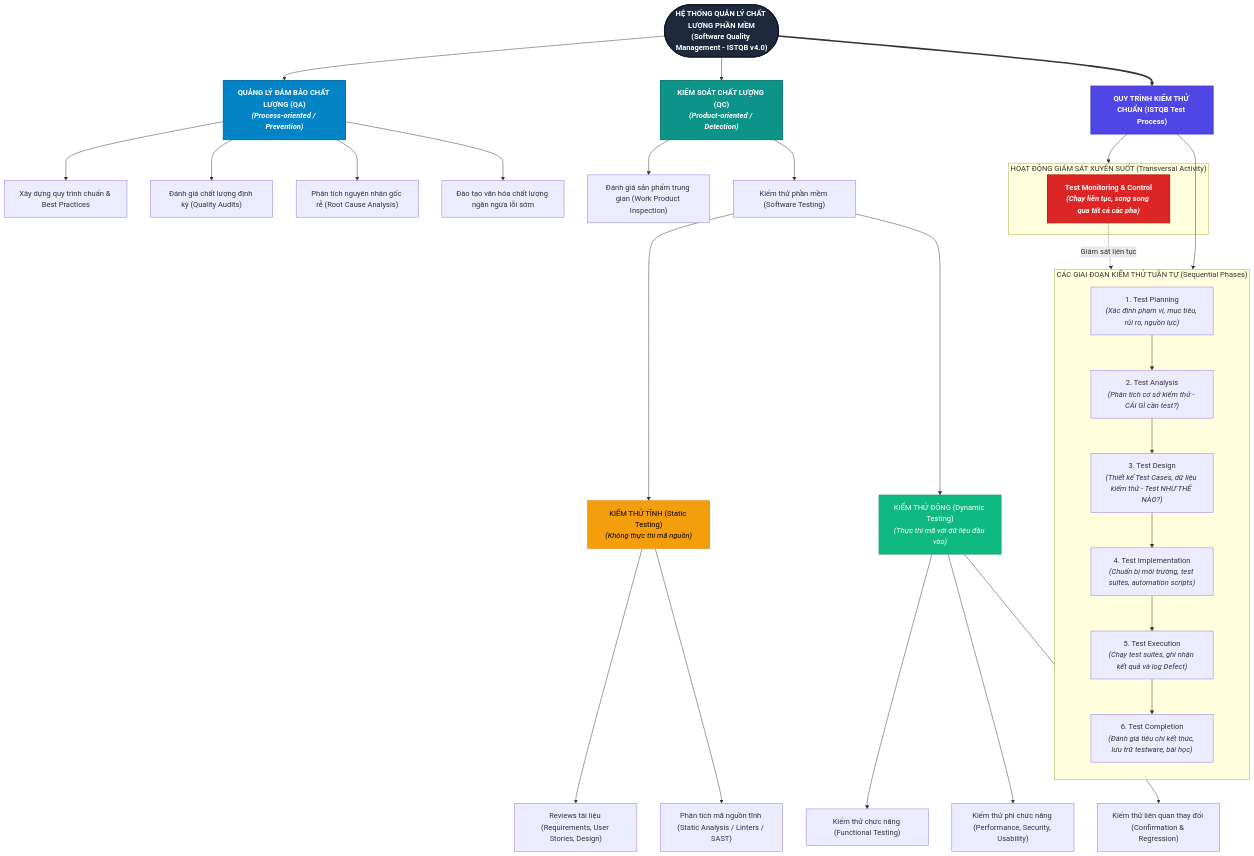
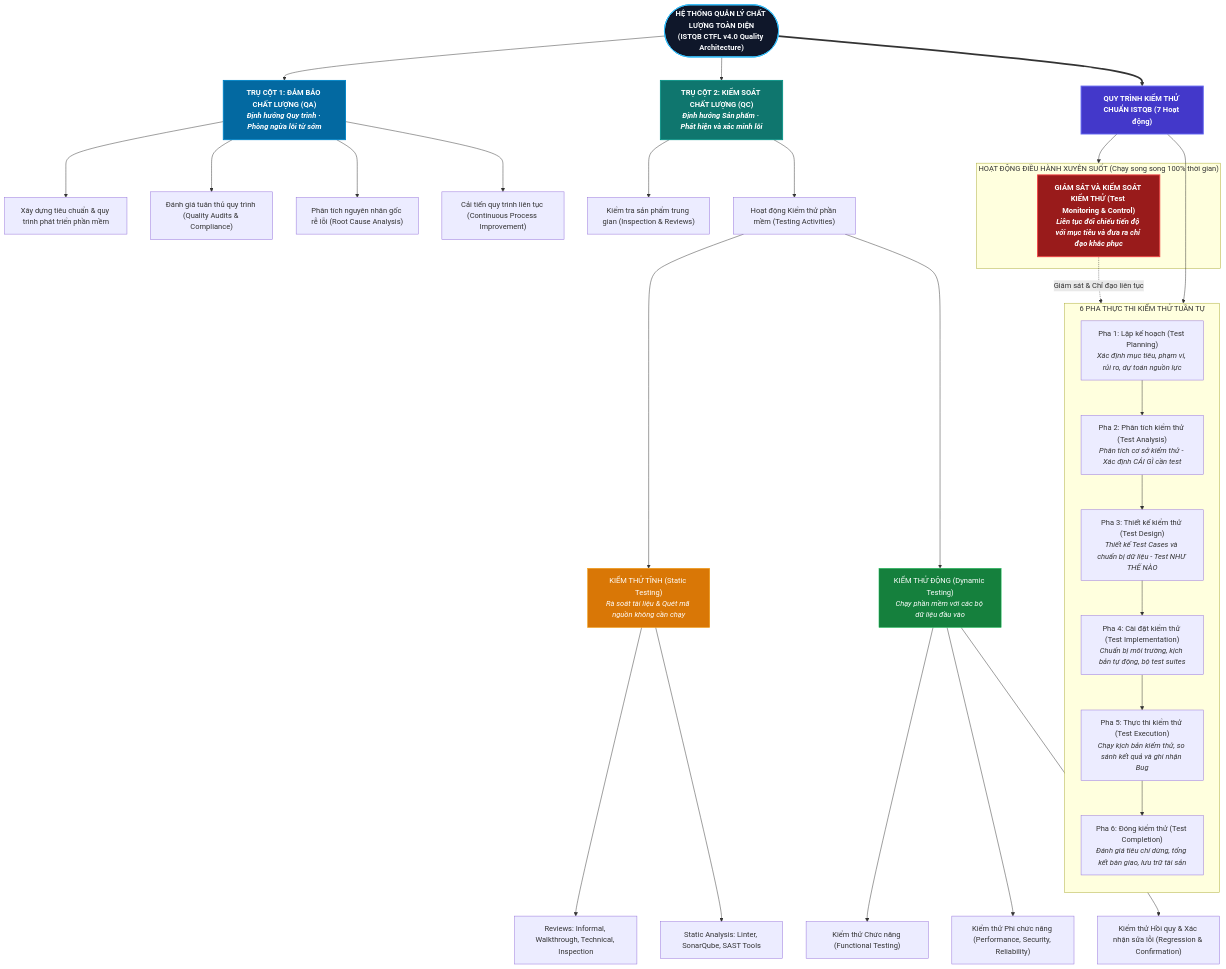
Before and after one commit to tvquang0511/HW01-QA-QC: the second of 2 diagrams in 01-job-market/job_market_report.md, drawn with Mermaid. The commit also changed other lines of this file and 2 other files, not shown here.

Commit message:
feat: complete Requirement 2 - 20 Software Defects (2022-2026)

````diff
--- a/01-job-market/job_market_report.md
+++ b/01-job-market/job_market_report.md
@@ -232,64 +240,62 @@
 ```mermaid
 flowchart TD
-    %% Root
-    Root(["HỆ THỐNG QUẢN LÝ CHẤT LƯỢNG PHẦN MỀM<br/>(Software Quality Management - ISTQB v4.0)"]):::rootNode
+    %% Khối gốc
+    Core(["HỆ THỐNG QUẢN LÝ CHẤT LƯỢNG TOÀN DIỆN<br/>(ISTQB CTFL v4.0 Quality Architecture)"]):::coreStyle
 
-    %% 2 Branch chính: QA & QC
-    Root --> QA["QUẢNG LÝ ĐẢM BẢO CHẤT LƯỢNG (QA)<br/><i>(Process-oriented / Prevention)</i>"]:::qaNode
-    Root --> QC["KIỂM SOÁT CHẤT LƯỢNG (QC)<br/><i>(Product-oriented / Detection)</i>"]:::qcNode
+    %% Hai trụ cột chất lượng
+    Core --> ColQA["TRỤ CỘT 1: ĐẢM BẢO CHẤT LƯỢNG (QA)<br/><i>Định hướng Quy trình · Phòng ngừa lỗi từ sớm</i>"]:::qaStyle
+    Core --> ColQC["TRỤ CỘT 2: KIỂM SOÁT CHẤT LƯỢNG (QC)<br/><i>Định hướng Sản phẩm · Phát hiện và xác minh lỗi</i>"]:::qcStyle
 
-    %% QA Activities
-    QA --> QA1["Xây dựng quy trình chuẩn & Best Practices"]
-    QA --> QA2["Đánh giá chất lượng định kỳ (Quality Audits)"]
-    QA --> QA3["Phân tích nguyên nhân gốc rễ (Root Cause Analysis)"]
-    QA --> QA4["Đào tạo văn hóa chất lượng ngăn ngừa lỗi sớm"]
+    %% Chi tiết QA
+    ColQA --> QA_Act1["Xây dựng tiêu chuẩn & quy trình phát triển phần mềm"]
+    ColQA --> QA_Act2["Đánh giá tuân thủ quy trình (Quality Audits & Compliance)"]
+    ColQA --> QA_Act3["Phân tích nguyên nhân gốc rễ lỗi (Root Cause Analysis)"]
+    ColQA --> QA_Act4["Cải tiến quy trình liên tục (Continuous Process Improvement)"]
 
-    %% QC Activities
-    QC --> QC1["Đánh giá sản phẩm trung gian (Work Product Inspection)"]
-    QC --> QC2["Kiểm thử phần mềm (Software Testing)"]
+    %% Chi tiết QC & Testing
+    ColQC --> QC_Act1["Kiểm tra sản phẩm trung gian (Inspection & Reviews)"]
+    ColQC --> QC_Act2["Hoạt động Kiểm thử phần mềm (Testing Activities)"]
 
-    %% Nhánh kiểm thử (Testing Disciplines)
-    QC2 --> Static["KIỂM THỬ TĨNH (Static Testing)<br/><i>(Không thực thi mã nguồn)</i>"]:::staticNode
-    QC2 --> Dynamic["KIỂM THỬ ĐỘNG (Dynamic Testing)<br/><i>(Thực thi mã với dữ liệu đầu vào)</i>"]:::dynamicNode
+    %% Hai nhánh kiểm thử
+    QC_Act2 --> StaticBranch["KIỂM THỬ TĨNH (Static Testing)<br/><i>Rà soát tài liệu & Quét mã nguồn không cần chạy</i>"]:::staticStyle
+    QC_Act2 --> DynamicBranch["KIỂM THỬ ĐỘNG (Dynamic Testing)<br/><i>Chạy phần mềm với các bộ dữ liệu đầu vào</i>"]:::dynamicStyle
 
-    %% Static Testing details
-    Static --> S1["Reviews tài liệu (Requirements, User Stories, Design)"]
-    Static --> S2["Phân tích mã nguồn tĩnh (Static Analysis / Linters / SAST)"]
+    StaticBranch --> ST1["Reviews: Informal, Walkthrough, Technical, Inspection"]
+    StaticBranch --> ST2["Static Analysis: Linter, SonarQube, SAST Tools"]
 
-    %% Dynamic Testing details
-    Dynamic --> D1["Kiểm thử chức năng (Functional Testing)"]
-    Dynamic --> D2["Kiểm thử phi chức năng (Performance, Security, Usability)"]
-    Dynamic --> D3["Kiểm thử liên quan thay đổi (Confirmation & Regression)"]
+    DynamicBranch --> DT1["Kiểm thử Chức năng (Functional Testing)"]
+    DynamicBranch --> DT2["Kiểm thử Phi chức năng (Performance, Security, Reliability)"]
+    DynamicBranch --> DT3["Kiểm thử Hồi quy & Xác nhận sửa lỗi (Regression & Confirmation)"]
 
-    %% Quy trình kiểm thử chuẩn 7 bước (Transversal Governance)
-    Root ==> Process["QUY TRÌNH KIỂM THỬ CHUẨN (ISTQB Test Process)"]:::processNode
+    %% Quy trình kiểm thử chuẩn ISTQB v4.0
+    Core ==> ProcessRoot["QUY TRÌNH KIỂM THỬ CHUẨN ISTQB (7 Hoạt động)"]:::processStyle
 
-    subgraph Governance ["HOẠT ĐỘNG GIÁM SÁT XUYÊN SUỐT (Transversal Activity)"]
-        MonCtrl["Test Monitoring & Control<br/><i>(Chạy liên tục, song song qua tất cả các pha)</i>"]:::monNode
+    subgraph OngoingActivity ["HOẠT ĐỘNG ĐIỀU HÀNH XUYÊN SUỐT (Chạy song song 100% thời gian)"]
+        Monitoring["GIÁM SÁT VÀ KIỂM SOÁT KIỂM THỬ (Test Monitoring & Control)<br/><i>Liên tục đối chiếu tiến độ với mục tiêu và đưa ra chỉ đạo khắc phục</i>"]:::monitorStyle
     end
 
-    subgraph CoreProcess ["CÁC GIAI ĐOẠN KIỂM THỬ TUẦN TỰ (Sequential Phases)"]
+    subgraph SequentialWorkflow ["6 PHA THỰC THI KIỂM THỬ TUẦN TỰ"]
         direction TB
-        P1["1. Test Planning<br/><i>(Xác định phạm vi, mục tiêu, rủi ro, nguồn lực)</i>"]
-        P2["2. Test Analysis<br/><i>(Phân tích cơ sở kiểm thử - CÁI GÌ cần test?)</i>"]
-        P3["3. Test Design<br/><i>(Thiết kế Test Cases, dữ liệu kiểm thử - Test NHƯ THẾ NÀO?)</i>"]
-        P4["4. Test Implementation<br/><i>(Chuẩn bị môi trường, test suites, automation scripts)</i>"]
-        P5["5. Test Execution<br/><i>(Chạy test suites, ghi nhận kết quả và log Defect)</i>"]
-        P6["6. Test Completion<br/><i>(Đánh giá tiêu chí kết thúc, lưu trữ testware, bài học)</i>"]
-        
-        P1 --> P2 --> P3 --> P4 --> P5 --> P6
+        Step1["Pha 1: Lập kế hoạch (Test Planning)<br/><i>Xác định mục tiêu, phạm vi, rủi ro, dự toán nguồn lực</i>"]
+        Step2["Pha 2: Phân tích kiểm thử (Test Analysis)<br/><i>Phân tích cơ sở kiểm thử - Xác định CÁI GÌ cần test</i>"]
+        Step3["Pha 3: Thiết kế kiểm thử (Test Design)<br/><i>Thiết kế Test Cases và chuẩn bị dữ liệu - Test NHƯ THẾ NÀO</i>"]
+        Step4["Pha 4: Cài đặt kiểm thử (Test Implementation)<br/><i>Chuẩn bị môi trường, kịch bản tự động, bộ test suites</i>"]
+        Step5["Pha 5: Thực thi kiểm thử (Test Execution)<br/><i>Chạy kịch bản kiểm thử, so sánh kết quả và ghi nhận Bug</i>"]
+        Step6["Pha 6: Đóng kiểm thử (Test Completion)<br/><i>Đánh giá tiêu chí dừng, tổng kết bàn giao, lưu trữ tài sản</i>"]
+
+        Step1 --> Step2 --> Step3 --> Step4 --> Step5 --> Step6
     end
 
-    Process --> Governance
-    Process --> CoreProcess
-    MonCtrl -.->|Giám sát liên tục| CoreProcess
+    ProcessRoot --> OngoingActivity
+    ProcessRoot --> SequentialWorkflow
+    Monitoring -.->|Giám sát & Chỉ đạo liên tục| SequentialWorkflow
 
-    %% Class styles
-    classDef rootNode fill:#1E293B,stroke:#0F172A,stroke-width:2px,color:#FFFFFF,font-weight:bold
-    classDef qaNode fill:#0284C7,stroke:#0369A1,stroke-width:2px,color:#FFFFFF,font-weight:bold
-    classDef qcNode fill:#0D9488,stroke:#0F766E,stroke-width:2px,color:#FFFFFF,font-weight:bold
-    classDef processNode fill:#4F46E5,stroke:#4338CA,stroke-width:2px,color:#FFFFFF,font-weight:bold
-    classDef monNode fill:#DC2626,stroke:#B91C1C,stroke-width:2px,color:#FFFFFF,font-weight:bold
-    classDef staticNode fill:#F59E0B,stroke:#D97706,stroke-width:1px,color:#000000
-    classDef dynamicNode fill:#10B981,stroke:#059669,stroke-width:1px,color:#FFFFFF
+    %% Định nghĩa màu sắc hiển thị
+    classDef coreStyle fill:#0F172A,stroke:#38BDF8,stroke-width:2px,color:#F8FAFC,font-weight:bold
+    classDef qaStyle fill:#0369A1,stroke:#0284C7,stroke-width:2px,color:#FFFFFF,font-weight:bold
+    classDef qcStyle fill:#0F766E,stroke:#0D9488,stroke-width:2px,color:#FFFFFF,font-weight:bold
+    classDef processStyle fill:#4338CA,stroke:#6366F1,stroke-width:2px,color:#FFFFFF,font-weight:bold
+    classDef monitorStyle fill:#991B1B,stroke:#EF4444,stroke-width:2px,color:#FFFFFF,font-weight:bold
+    classDef staticStyle fill:#D97706,stroke:#F59E0B,stroke-width:1px,color:#FFFFFF
+    classDef dynamicStyle fill:#15803D,stroke:#22C55E,stroke-width:1px,color:#FFFFFF
 ```
````
